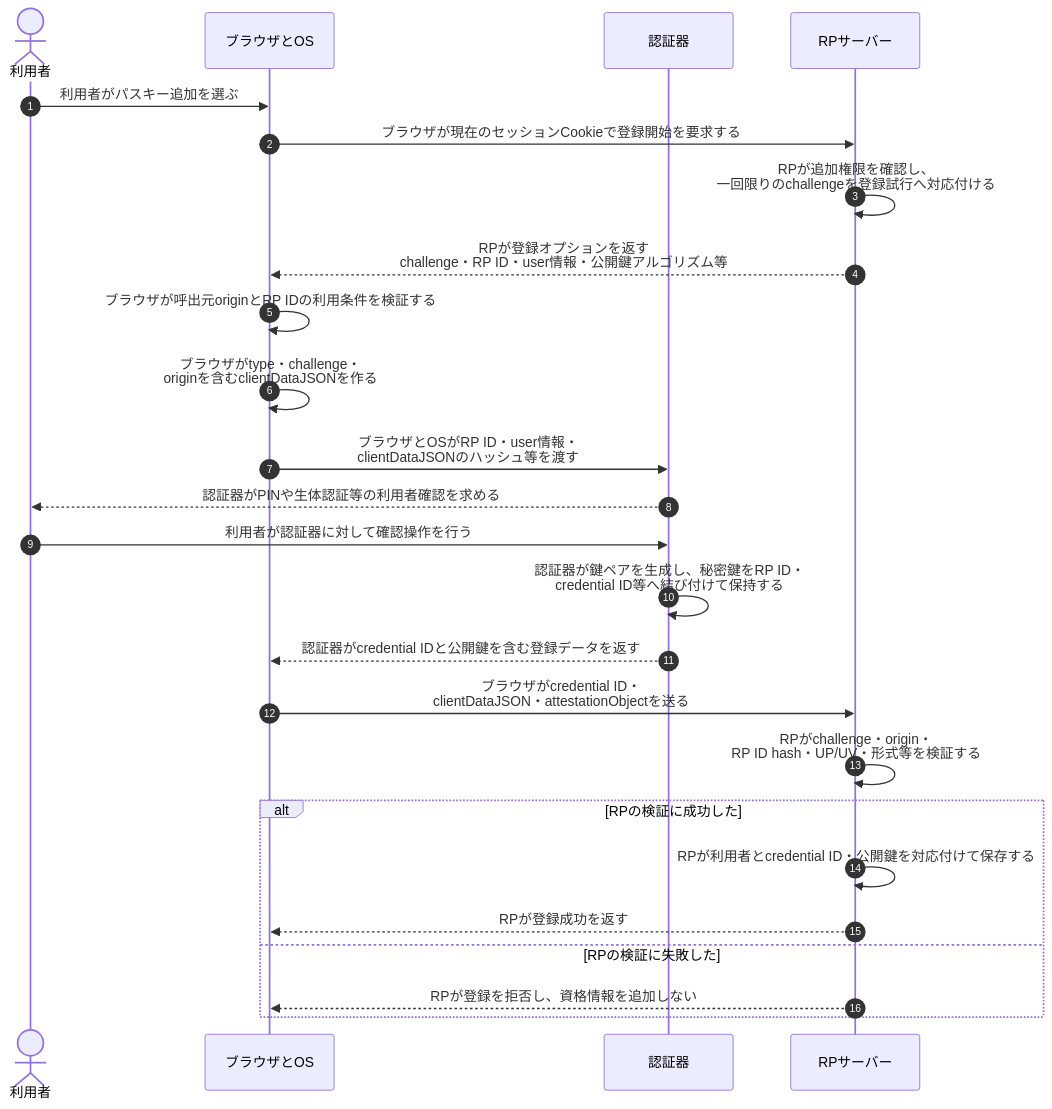
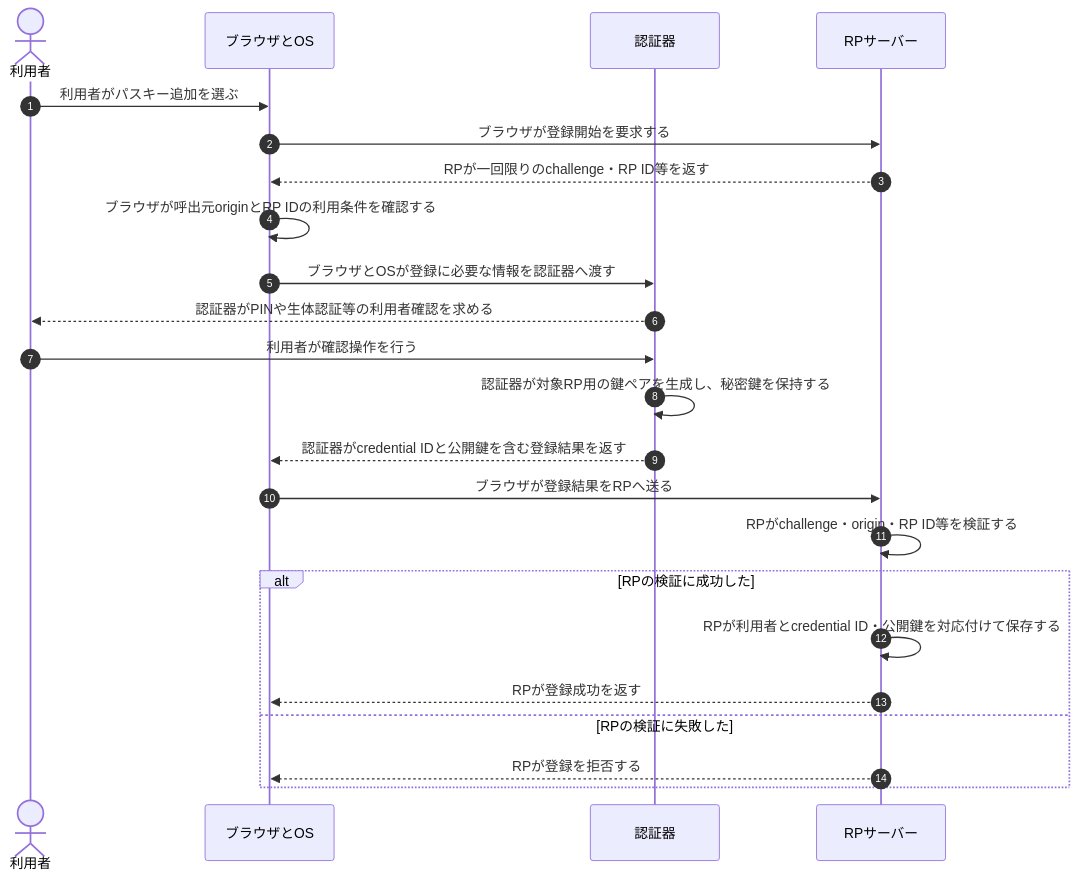
One commit to ryusuke2003/security-specialist-study changed the first of 2 diagrams in 復習用/流れ図/WebAuthnとパスキー認証.md. Above: the diagram before and after it, drawn with Mermaid. The commit also changed other lines of this file, not shown here.

Commit message:
WebAuthn流れ図のデータ構造詳細を整理

````diff
--- a/復習用/流れ図/WebAuthnとパスキー認証.md
+++ b/復習用/流れ図/WebAuthnとパスキー認証.md
@@ -41,28 +41,26 @@
 ```mermaid
 sequenceDiagram
     autonumber
     actor U as 利用者
     participant B as ブラウザとOS
     participant A as 認証器
     participant R as RPサーバー
 
     U->>B: 利用者がパスキー追加を選ぶ
-    B->>R: ブラウザが現在のセッションCookieで登録開始を要求する
-    R->>R: RPが追加権限を確認し、<br/>一回限りのchallengeを登録試行へ対応付ける
-    R-->>B: RPが登録オプションを返す<br/>challenge・RP ID・user情報・公開鍵アルゴリズム等
-    B->>B: ブラウザが呼出元originとRP IDの利用条件を検証する
-    B->>B: ブラウザがtype・challenge・<br/>originを含むclientDataJSONを作る
-    B->>A: ブラウザとOSがRP ID・user情報・<br/>clientDataJSONのハッシュ等を渡す
+    B->>R: ブラウザが登録開始を要求する
+    R-->>B: RPが一回限りのchallenge・RP ID等を返す
+    B->>B: ブラウザが呼出元originとRP IDの利用条件を確認する
+    B->>A: ブラウザとOSが登録に必要な情報を認証器へ渡す
     A-->>U: 認証器がPINや生体認証等の利用者確認を求める
-    U->>A: 利用者が認証器に対して確認操作を行う
-    A->>A: 認証器が鍵ペアを生成し、秘密鍵をRP ID・<br/>credential ID等へ結び付けて保持する
-    A-->>B: 認証器がcredential IDと公開鍵を含む登録データを返す
-    B->>R: ブラウザがcredential ID・<br/>clientDataJSON・attestationObjectを送る
-    R->>R: RPがchallenge・origin・<br/>RP ID hash・UP/UV・形式等を検証する
+    U->>A: 利用者が確認操作を行う
+    A->>A: 認証器が対象RP用の鍵ペアを生成し、秘密鍵を保持する
+    A-->>B: 認証器がcredential IDと公開鍵を含む登録結果を返す
+    B->>R: ブラウザが登録結果をRPへ送る
+    R->>R: RPがchallenge・origin・RP ID等を検証する
     alt RPの検証に成功した
         R->>R: RPが利用者とcredential ID・公開鍵を対応付けて保存する
         R-->>B: RPが登録成功を返す
     else RPの検証に失敗した
-        R-->>B: RPが登録を拒否し、資格情報を追加しない
+        R-->>B: RPが登録を拒否する
     end
 ```
````
